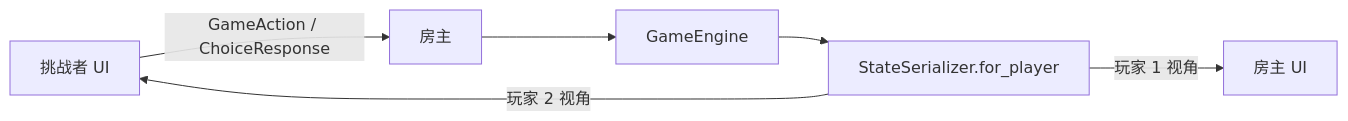
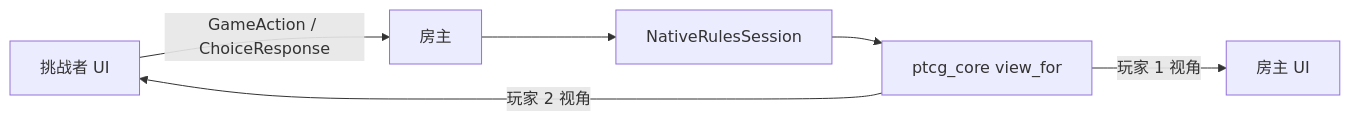
One commit to Endnight-ZHW/PokemonTCG changed the third of 3 diagrams in docs/GODOT_DEVELOPMENT_GUIDE.md. Above: the diagram before and after it, drawn with Mermaid. The commit also changed other lines of this file and 446 other files, not shown here.

First line of the commit message:
refactor: cut over to native rules core

````diff
--- a/docs/GODOT_DEVELOPMENT_GUIDE.md
+++ b/docs/GODOT_DEVELOPMENT_GUIDE.md
@@ -788,8 +792,8 @@
 ```mermaid
 flowchart LR
     Guest[挑战者 UI] -->|GameAction / ChoiceResponse| Host[房主]
-    Host --> Engine[GameEngine]
-    Engine --> Serializer[StateSerializer.for_player]
+    Host --> Session[NativeRulesSession]
+    Session --> Serializer[ptcg_core view_for]
     Serializer -->|玩家 1 视角| HostUI[房主 UI]
     Serializer -->|玩家 2 视角| Guest
 ```
````
